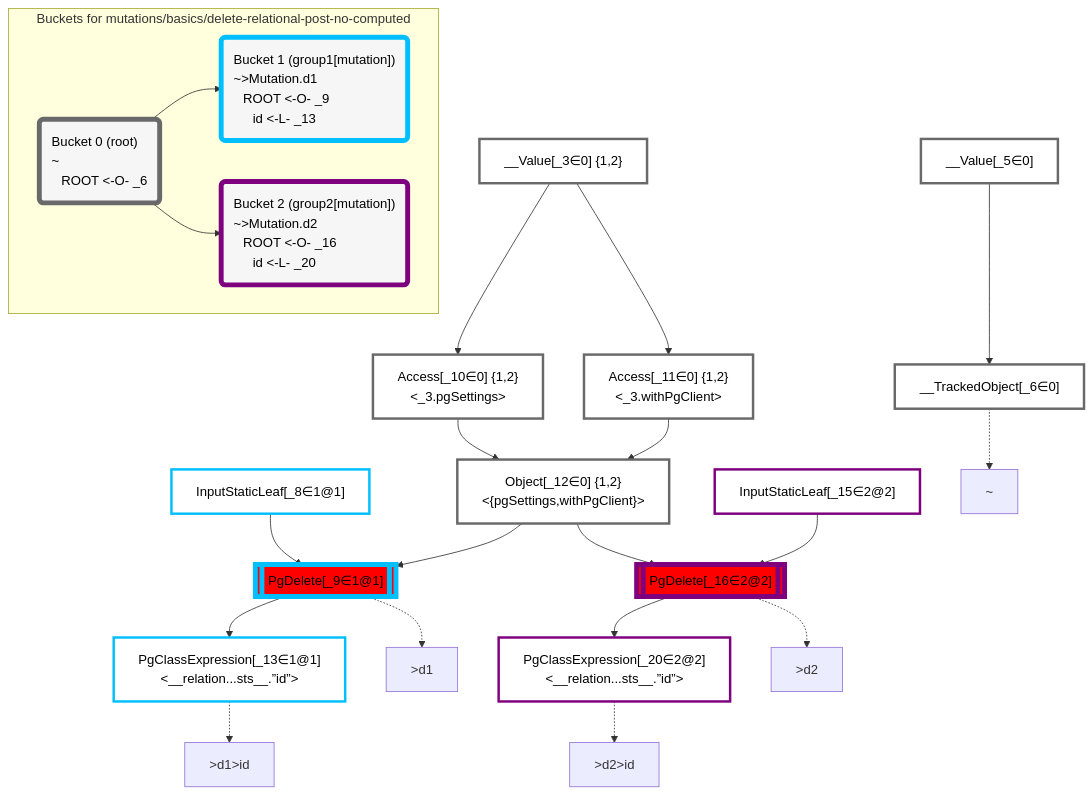
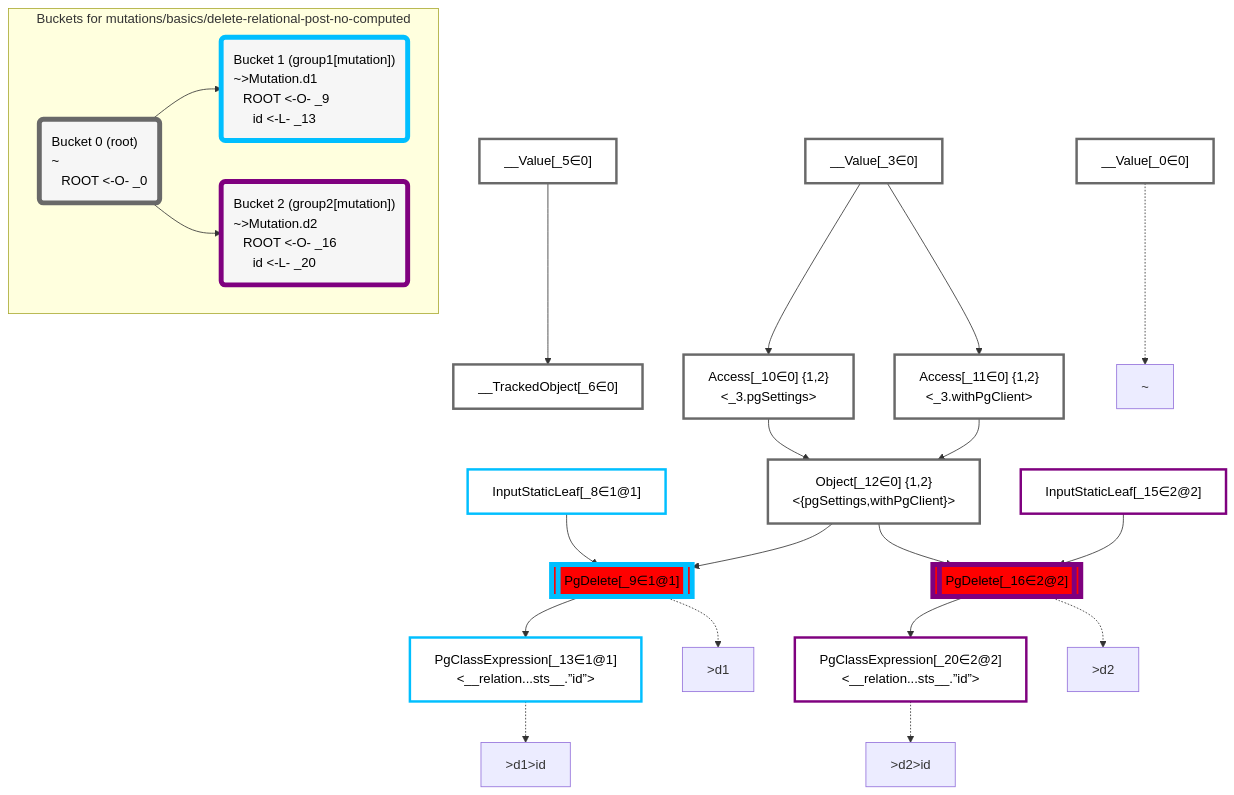
The diagram in packages/dataplan-pg/__tests__/mutations/basics/delete-relational-post-no-computed.mermaid.md (graphile/crystal), drawn with Mermaid before and after one commit. The commit also changed 193 other files, not shown here.

Commit message:
Update test plan snapshots with new root plan

````diff
--- a/packages/dataplan-pg/__tests__/mutations/basics/delete-relational-post-no-computed.mermaid.md
+++ b/packages/dataplan-pg/__tests__/mutations/basics/delete-relational-post-no-computed.mermaid.md
@@ -1,67 +1,68 @@
 ```mermaid
 graph TD
     classDef path fill:#eee,stroke:#000,color:#000
     classDef plan fill:#fff,stroke-width:3px,color:#000
     classDef itemplan fill:#fff,stroke-width:6px,color:#000
     classDef sideeffectplan fill:#f00,stroke-width:6px,color:#000
     classDef bucket fill:#f6f6f6,color:#000,stroke-width:6px,text-align:left
 
 
     %% define plans
-    __Value_3["__Value[_3∈0] {1,2}<br /><context>"]:::plan
+    __Value_0["__Value[_0∈0]"]:::plan
+    __Value_3["__Value[_3∈0]<br /><context>"]:::plan
     __Value_5["__Value[_5∈0]<br /><rootValue>"]:::plan
     __TrackedObject_6["__TrackedObject[_6∈0]"]:::plan
     InputStaticLeaf_8["InputStaticLeaf[_8∈1@1]"]:::plan
     PgDelete_9[["PgDelete[_9∈1@1]"]]:::sideeffectplan
     Access_10["Access[_10∈0] {1,2}<br /><_3.pgSettings>"]:::plan
     Access_11["Access[_11∈0] {1,2}<br /><_3.withPgClient>"]:::plan
     Object_12["Object[_12∈0] {1,2}<br /><{pgSettings,withPgClient}>"]:::plan
     PgClassExpression_13["PgClassExpression[_13∈1@1]<br /><__relation...sts__.”id”>"]:::plan
     InputStaticLeaf_15["InputStaticLeaf[_15∈2@2]"]:::plan
     PgDelete_16[["PgDelete[_16∈2@2]"]]:::sideeffectplan
     PgClassExpression_20["PgClassExpression[_20∈2@2]<br /><__relation...sts__.”id”>"]:::plan
 
     %% plan dependencies
     __Value_5 --> __TrackedObject_6
     Object_12 --> PgDelete_9
     InputStaticLeaf_8 --> PgDelete_9
     __Value_3 --> Access_10
     __Value_3 --> Access_11
     Access_10 --> Object_12
     Access_11 --> Object_12
     PgDelete_9 --> PgClassExpression_13
     Object_12 --> PgDelete_16
     InputStaticLeaf_15 --> PgDelete_16
     PgDelete_16 --> PgClassExpression_20
 
     %% plan-to-path relationships
-    P_6["~"]
-    __TrackedObject_6 -.-> P_6
+    P_0["~"]
+    __Value_0 -.-> P_0
     P_9[">d1"]
     PgDelete_9 -.-> P_9
     P_13[">d1>id"]
     PgClassExpression_13 -.-> P_13
     P_16[">d2"]
     PgDelete_16 -.-> P_16
     P_20[">d2>id"]
     PgClassExpression_20 -.-> P_20
 
     %% allocate buckets
     classDef bucket0 stroke:#696969
-    class __Value_3,__Value_5,__TrackedObject_6,Access_10,Access_11,Object_12 bucket0
+    class __Value_0,__Value_3,__Value_5,__TrackedObject_6,Access_10,Access_11,Object_12 bucket0
     classDef bucket1 stroke:#00bfff
     class InputStaticLeaf_8,PgDelete_9,PgClassExpression_13 bucket1
     classDef bucket2 stroke:#7f007f
     class InputStaticLeaf_15,PgDelete_16,PgClassExpression_20 bucket2
 
     subgraph "Buckets for mutations/basics/delete-relational-post-no-computed"
-    Bucket0("Bucket 0 (root)<br />~<br />⠀ROOT <-O- _6"):::bucket
+    Bucket0("Bucket 0 (root)<br />~<br />⠀ROOT <-O- _0"):::bucket
     style Bucket0 stroke:#696969
     Bucket1("Bucket 1 (group1[mutation])<br />~>Mutation.d1<br />⠀ROOT <-O- _9<br />⠀⠀id <-L- _13"):::bucket
     style Bucket1 stroke:#00bfff
     Bucket0 --> Bucket1
     Bucket2("Bucket 2 (group2[mutation])<br />~>Mutation.d2<br />⠀ROOT <-O- _16<br />⠀⠀id <-L- _20"):::bucket
     style Bucket2 stroke:#7f007f
     Bucket0 --> Bucket2
     end
 ```
````
